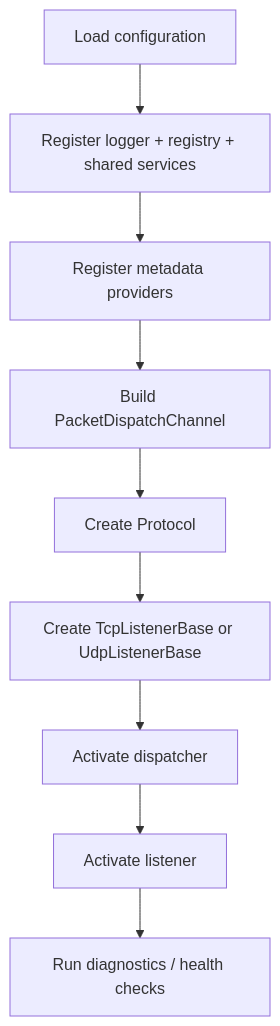
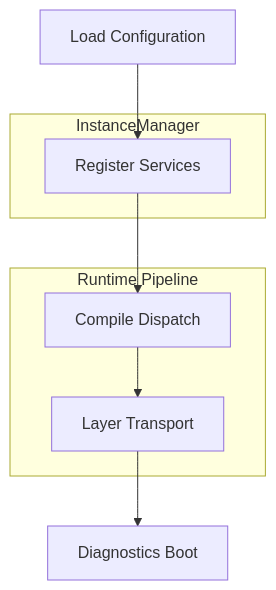
One commit to ppn-systems/Nalix changed the diagram in docs/guides/server-blueprint.md. Above: the diagram before and after it, drawn with Mermaid. The commit also changed other lines of this file and 26 other files, not shown here.

First line of the commit message:
Move FramePipeline to Listener; update docs and samples

````diff
--- a/docs/guides/server-blueprint.md
+++ b/docs/guides/server-blueprint.md
@@ -29,11 +16,16 @@
 ```mermaid
 flowchart TD
-    A["Load configuration"] --> B["Register logger + registry + shared services"]
-    B --> C["Register metadata providers"]
-    C --> D["Build PacketDispatchChannel"]
-    D --> E["Create Protocol"]
-    E --> F["Create TcpListenerBase or UdpListenerBase"]
-    F --> G["Activate dispatcher"]
-    G --> H["Activate listener"]
-    H --> I["Run diagnostics / health checks"]
+    A["Load Configuration"] --> B["Register Services"]
+    B --> C["Compile Dispatch"]
+    C --> D["Layer Transport"]
+    D --> E["Diagnostics Boot"]
+    
+    subgraph Registry ["InstanceManager"]
+        B
+    end
+    
+    subgraph Pipeline ["Runtime Pipeline"]
+        C
+        D
+    end
 ```
````
